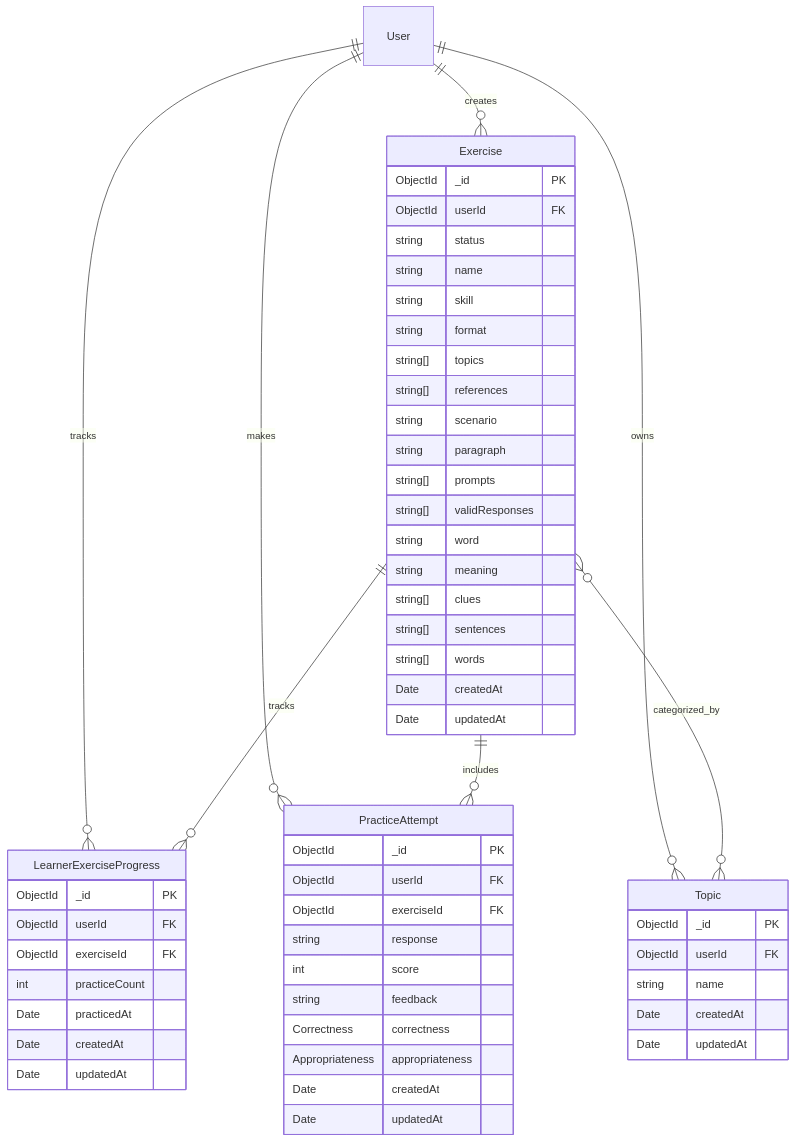
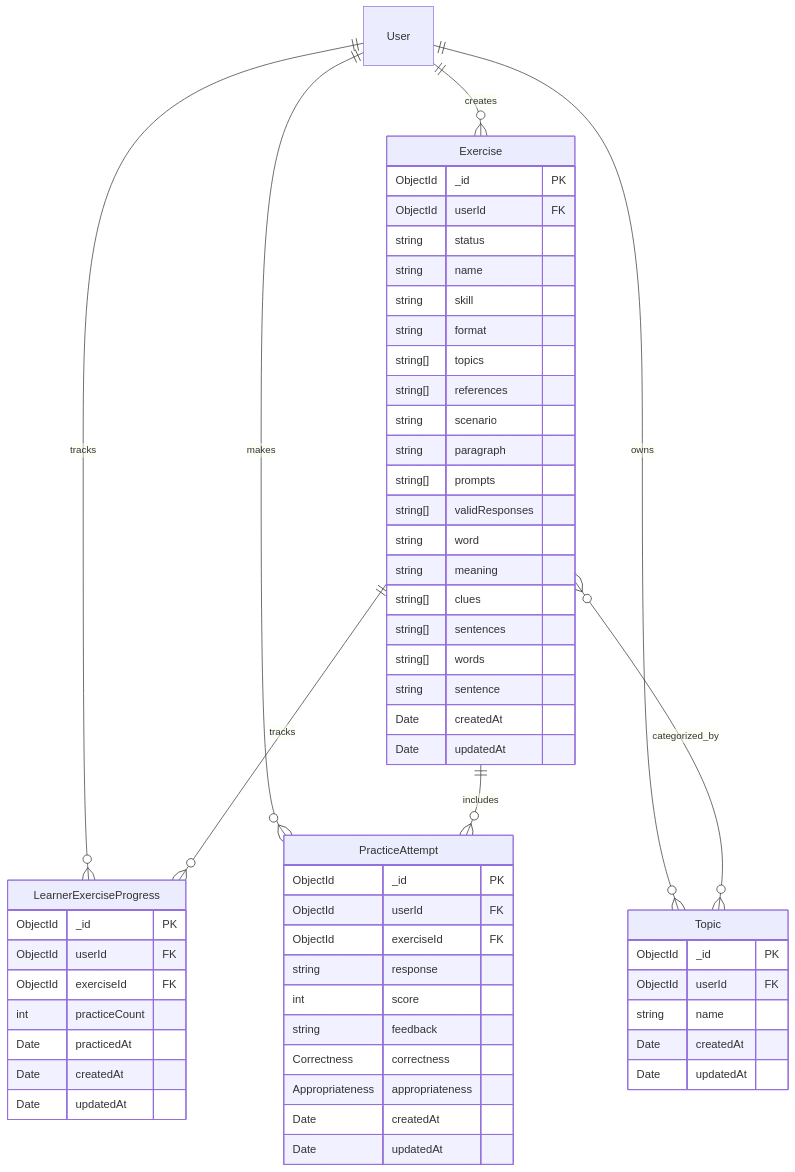
Before and after one commit to lamhq/fluento: the diagram in docs/design/data/practice.md, drawn with Mermaid. The commit also changed other lines of this file and 25 other files, not shown here.

````diff
--- a/docs/design/data/practice.md
+++ b/docs/design/data/practice.md
@@ -11,63 +11,64 @@
 ```mermaid
 erDiagram
     User ||--o{ Exercise : creates
     User ||--o{ Topic : owns
     User ||--o{ LearnerExerciseProgress : tracks
     User ||--o{ PracticeAttempt : makes
     Exercise ||--o{ LearnerExerciseProgress : tracks
     Exercise ||--o{ PracticeAttempt : includes
     Exercise }o--o{ Topic : categorized_by
 
     Exercise {
         ObjectId _id PK
         ObjectId userId FK
         string status
         string name
         string skill
         string format
         string[] topics
         string[] references
         string scenario
         string paragraph
         string[] prompts
         string[] validResponses
         string word
         string meaning
         string[] clues
         string[] sentences
         string[] words
+        string sentence
         Date createdAt
         Date updatedAt
     }
 
     Topic {
         ObjectId _id PK
         ObjectId userId FK
         string name
         Date createdAt
         Date updatedAt
     }
 
     LearnerExerciseProgress {
         ObjectId _id PK
         ObjectId userId FK
         ObjectId exerciseId FK
         int practiceCount
         Date practicedAt
         Date createdAt
         Date updatedAt
     }
 
     PracticeAttempt {
         ObjectId _id PK
         ObjectId userId FK
         ObjectId exerciseId FK
         string response
         int score
         string feedback
         Correctness correctness
         Appropriateness appropriateness
         Date createdAt
         Date updatedAt
     }
 ```
````
